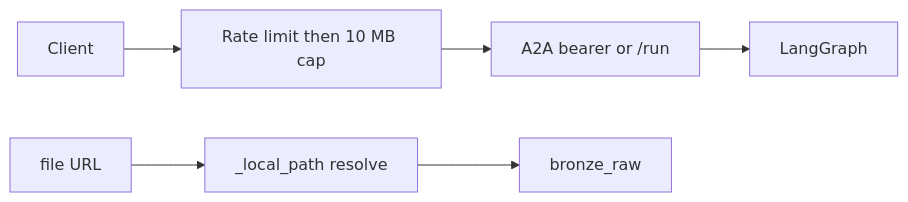
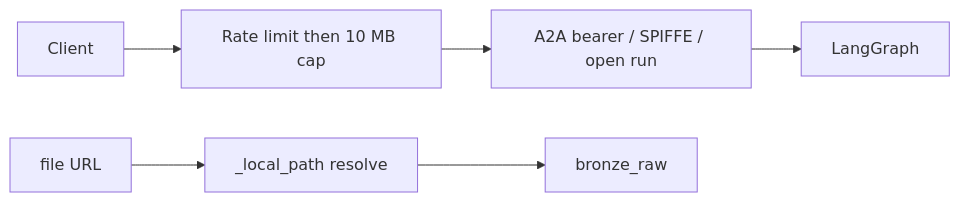
Before and after one commit to khaosans/operator-etl: the second of 6 diagrams in docs/HOW-IT-WORKS.md, drawn with Mermaid. The commit also changed other lines of this file and 32 other files, not shown here.

First line of the commit message:
Add SPIFFE JWT-SVID auth for Control-plane HTTP surfaces.

````diff
--- a/docs/HOW-IT-WORKS.md
+++ b/docs/HOW-IT-WORKS.md
@@ -68,8 +68,8 @@
 ```mermaid
 flowchart LR
   Client[Client] --> MW[Rate limit then 10 MB cap]
-  MW --> Auth[A2A bearer or /run]
+  MW --> Auth[A2A bearer / SPIFFE / open run]
   Auth --> Graph[LangGraph]
   Extract[file URL] --> Guard[_local_path resolve]
   Guard --> Bronze[bronze_raw]
 ```
````
